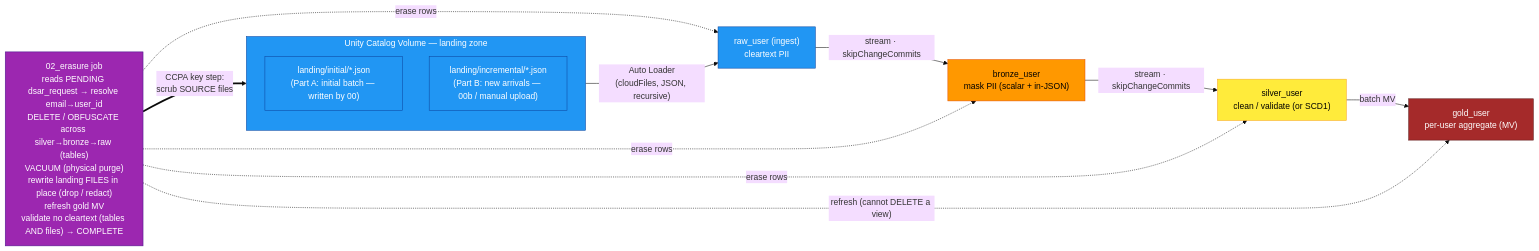
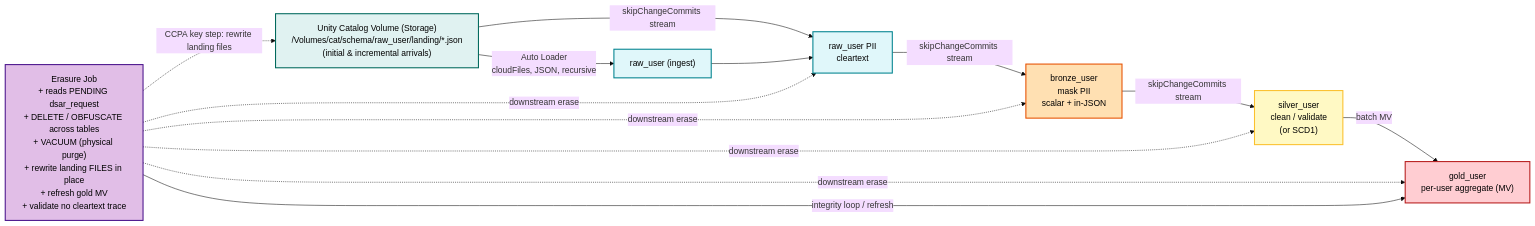
Before and after one commit to dipankarkush-db/allegiantair: the diagram in allegiant-json-pii-masking/dsar_erasure/sdp_integration/README.md, drawn with Mermaid (base theme).

Commit message:
docs(dsar-sdp): use the user-provided Mermaid architecture diagram
Replace the diagram with the exact Mermaid flowchart the user specified
(pastel legend colors: storage/raw/bronze/silver/gold/erasure; raw_user ingest
+ raw_user PII cleartext nodes; downstream-erase dashed edges into every layer;
CCPA-key-step file rewrite to the volume; integrity-loop/refresh to gold).

````diff
--- a/allegiant-json-pii-masking/dsar_erasure/sdp_integration/README.md
+++ b/allegiant-json-pii-masking/dsar_erasure/sdp_integration/README.md
@@ -16,37 +16,40 @@
 ```mermaid
 flowchart LR
-    subgraph VOL["Unity Catalog Volume — landing zone"]
-        direction TB
-        INIT["landing/initial/*.json<br/>(Part A: initial batch — written by 00)"]
-        INCR["landing/incremental/*.json<br/>(Part B: new arrivals — 00b / manual upload)"]
-    end
+    %% Define color classes for the legend
+    classDef storage fill:#e0f2f1,stroke:#00695c,stroke-width:2px,color:#000
+    classDef raw fill:#e0f7fa,stroke:#00838f,stroke-width:2px,color:#000
+    classDef bronze fill:#ffe0b2,stroke:#e65100,stroke-width:2px,color:#000
+    classDef silver fill:#fff9c4,stroke:#fbc02d,stroke-width:2px,color:#000
+    classDef gold fill:#ffcdd2,stroke:#b71c1c,stroke-width:2px,color:#000
+    classDef erasure fill:#e1bee7,stroke:#4a148c,stroke-width:2px,color:#000
 
-    RAW["raw_user (ingest)<br/>cleartext PII"]
-    BRONZE["bronze_user<br/>mask PII (scalar + in-JSON)"]
-    SILVER["silver_user<br/>clean / validate (or SCD1)"]
-    GOLD["gold_user<br/>per-user aggregate (MV)"]
-    ERASE["02_erasure job<br/>reads PENDING dsar_request → resolve email→user_id<br/>DELETE / OBFUSCATE across silver→bronze→raw (tables)<br/>VACUUM (physical purge)<br/>rewrite landing FILES in place (drop / redact)<br/>refresh gold MV<br/>validate no cleartext (tables AND files) → COMPLETE"]
+    %% Node Definitions
+    UCV["Unity Catalog Volume (Storage)<br/>/Volumes/cat/schema/raw_user/landing/*.json<br/>(initial & incremental arrivals)"]:::storage
 
-    VOL -->|"Auto Loader<br/>(cloudFiles, JSON, recursive)"| RAW
-    RAW -->|"stream · skipChangeCommits"| BRONZE
-    BRONZE -->|"stream · skipChangeCommits"| SILVER
-    SILVER -->|"batch MV"| GOLD
+    RawIngest["raw_user (ingest)"]:::raw
+    RawPII["raw_user PII<br/>cleartext"]:::raw
 
-    ERASE -.->|"erase rows"| SILVER
-    ERASE -.->|"erase rows"| BRONZE
-    ERASE -.->|"erase rows"| RAW
-    ERASE -.->|"refresh (cannot DELETE a view)"| GOLD
-    ERASE ==>|"CCPA key step:<br/>scrub SOURCE files"| VOL
+    Bronze["bronze_user<br/>mask PII<br/>scalar + in-JSON"]:::bronze
+    Silver["silver_user<br/>clean / validate<br/>(or SCD1)"]:::silver
+    Gold["gold_user<br/>per-user aggregate (MV)"]:::gold
 
-    classDef storage fill:#2196F3,color:#fff,stroke:#0D47A1
-    classDef bronze fill:#FF9800,color:#000,stroke:#E65100
-    classDef silver fill:#FFEB3B,color:#000,stroke:#F9A825
-    classDef gold fill:#A52A2A,color:#fff,stroke:#5D1A1A
-    classDef erase fill:#9C27B0,color:#fff,stroke:#4A148C
+    Erasure["Erasure Job<br/>+ reads PENDING dsar_request<br/>+ DELETE / OBFUSCATE across tables<br/>+ VACUUM (physical purge)<br/>+ rewrite landing FILES in place<br/>+ refresh gold MV<br/>+ validate no cleartext trace"]:::erasure
 
-    class VOL,INIT,INCR,RAW storage
-    class BRONZE bronze
-    class SILVER silver
-    class GOLD gold
-    class ERASE erase
+    %% Data Ingestion Flow
+    UCV -->|Auto Loader <br/> cloudFiles, JSON, recursive| RawIngest
+    UCV -->|skipChangeCommits stream| RawPII
+    RawIngest --> RawPII
+
+    %% Processing Pipeline
+    RawPII -->|skipChangeCommits stream| Bronze
+    Bronze -->|skipChangeCommits stream| Silver
+    Silver -->|batch MV| Gold
+
+    %% Erasure Flow & Integrity Loop
+    Erasure -.->|CCPA key step: rewrite landing files| UCV
+    Erasure -.->|downstream erase| RawPII
+    Erasure -.->|downstream erase| Bronze
+    Erasure -.->|downstream erase| Silver
+    Erasure -.->|downstream erase| Gold
+    Erasure -->|integrity loop / refresh| Gold
 ```
````
